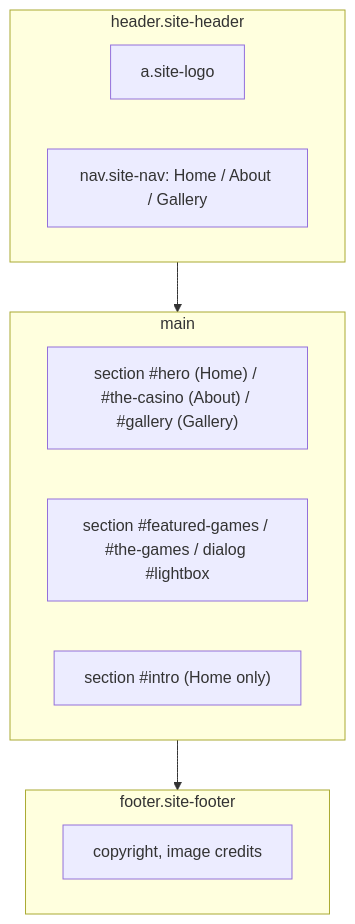
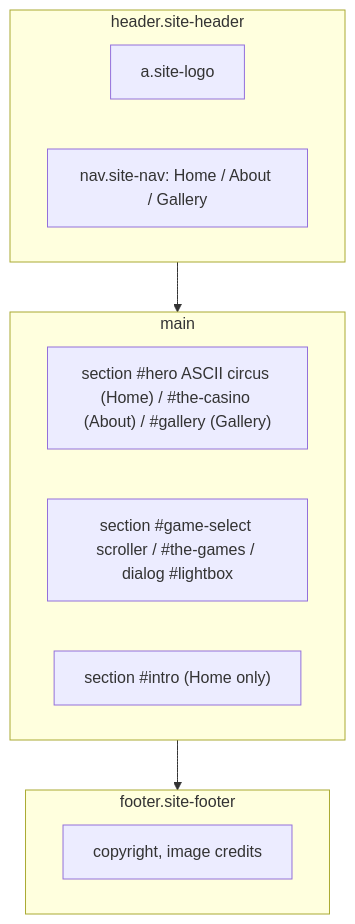
Before and after one commit to ChrisMedkit/CS-235-IntroToAI: the third of 5 diagrams in DIAGRAM.md, drawn with Mermaid. The commit also changed other lines of this file and 5 other files, not shown here.

Commit message:
Steps 1-3: site plan with ASCII circus hero and game-select scroller

````diff
--- a/DIAGRAM.md
+++ b/DIAGRAM.md
@@ -27,16 +28,16 @@
 ```mermaid
 flowchart TD
   subgraph header["header.site-header"]
     logo["a.site-logo"]
     nav["nav.site-nav: Home / About / Gallery"]
   end
   subgraph main["main"]
-    s1["section #hero (Home) / #the-casino (About) / #gallery (Gallery)"]
-    s2["section #featured-games / #the-games / dialog #lightbox"]
+    s1["section #hero ASCII circus (Home) / #the-casino (About) / #gallery (Gallery)"]
+    s2["section #game-select scroller / #the-games / dialog #lightbox"]
     s3["section #intro (Home only)"]
   end
   subgraph footer["footer.site-footer"]
     f["copyright, image credits"]
   end
   header --> main --> footer
 ```
````
